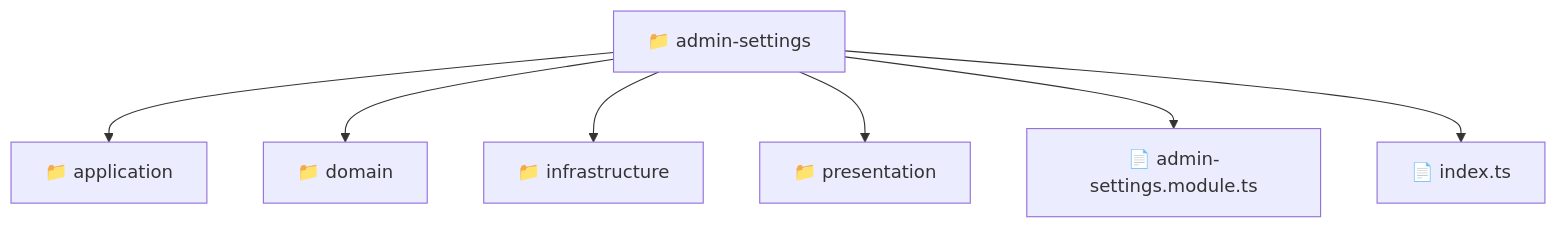
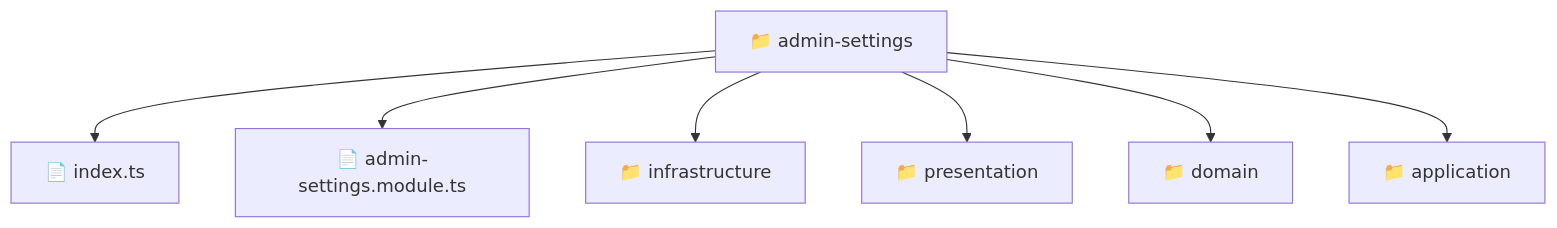
One commit to beginwebdev2002/fullstack-mavluda changed the diagram in backend/src/modules/admin-settings/README.md. Above: the diagram before and after it, drawn with Mermaid. The commit also changed other lines of this file and 164 other files, not shown here.

First line of the commit message:
docs: generate robust autonomous architectural documentation

````diff
--- a/backend/src/modules/admin-settings/README.md
+++ b/backend/src/modules/admin-settings/README.md
@@ -9,10 +11,10 @@
 ```mermaid
 graph TD
-  Root["📁 admin-settings"]
-  Root --> application["📁 application"]
-  Root --> domain["📁 domain"]
-  Root --> infrastructure["📁 infrastructure"]
-  Root --> presentation["📁 presentation"]
-  Root --> admin_settings_module_ts["📄 admin-settings.module.ts"]
-  Root --> index_ts["📄 index.ts"]
+    f_admin_settings["📁 admin-settings"]
+    f_admin_settings --> f_index_ts["📄 index.ts"]
+    f_admin_settings --> f_admin_settings_module_ts["📄 admin-settings.module.ts"]
+    f_admin_settings --> f_infrastructure["📁 infrastructure"]
+    f_admin_settings --> f_presentation["📁 presentation"]
+    f_admin_settings --> f_domain["📁 domain"]
+    f_admin_settings --> f_application["📁 application"]
 ```
````
